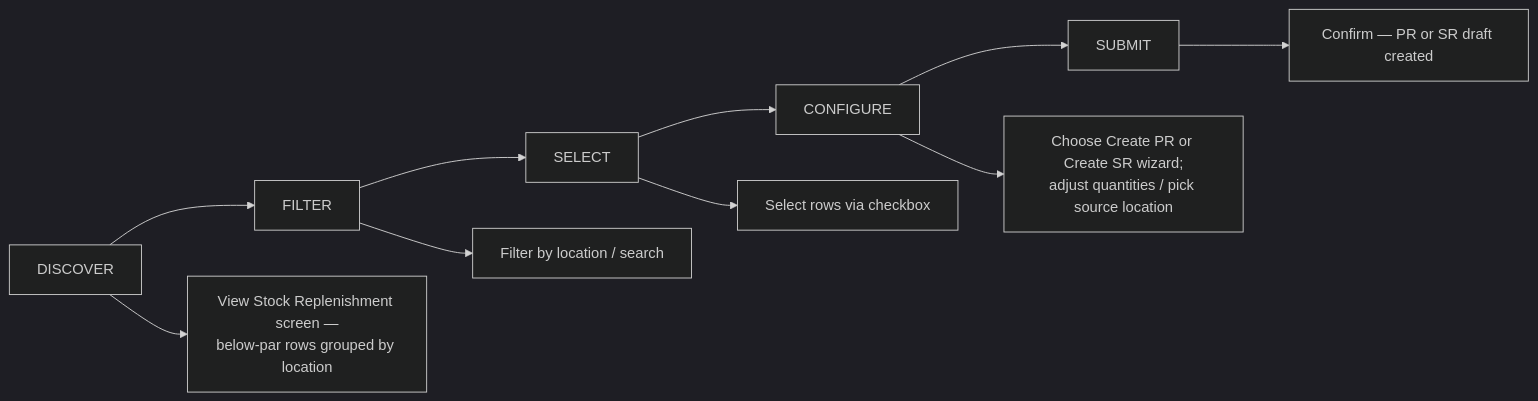
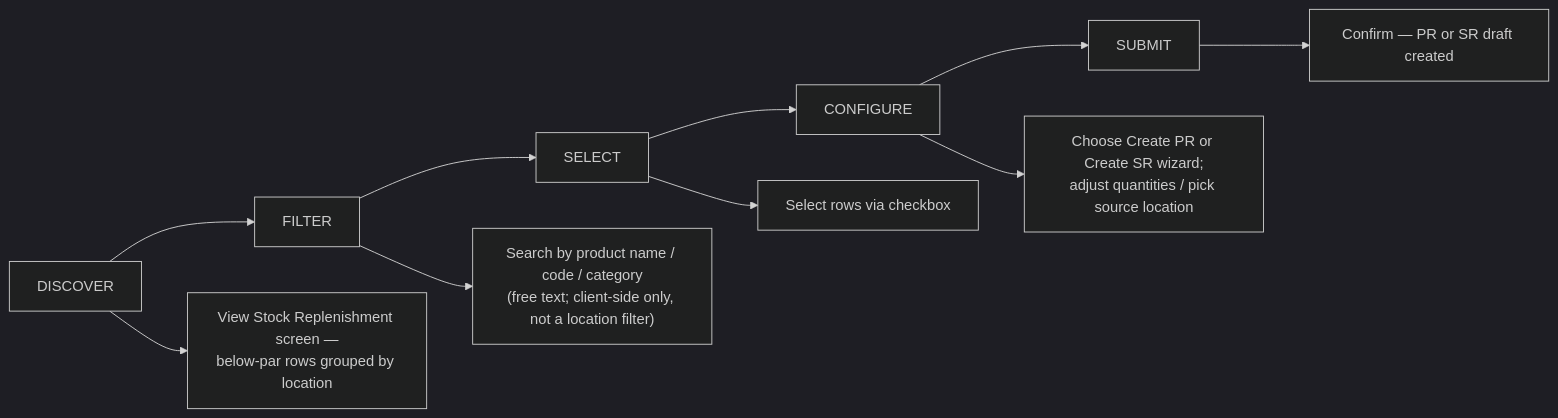
Before and after one commit to CarmenSoftware-organization/carmen-wiki: the second of 3 diagrams in en/inventory/store-requisition/stock-replenishment.md, drawn with Mermaid (dark theme). The commit also changed other lines of this file and 3 other files, not shown here.

Commit message:
fix(inventory-adjustment,store-requisition): drop unsupported debounce/default-sort/location-filter nodes (review round 1)

````diff
--- a/en/inventory/store-requisition/stock-replenishment.md
+++ b/en/inventory/store-requisition/stock-replenishment.md
@@ -37,13 +37,13 @@
 ```mermaid
 graph LR
     Discover["DISCOVER"] --> Filter["FILTER"]
     Filter --> Select["SELECT"]
     Select --> Configure["CONFIGURE"]
     Configure --> Submit["SUBMIT"]
 
     Discover --> Discover1["View Stock Replenishment screen —<br/>below-par rows grouped by location"]
-    Filter --> Filter1["Filter by location / search"]
+    Filter --> Filter1["Search by product name / code / category<br/>(free text; client-side only, not a location filter)"]
     Select --> Select1["Select rows via checkbox"]
     Configure --> Configure1["Choose Create PR or Create SR wizard;<br/>adjust quantities / pick source location"]
     Submit --> Submit1["Confirm — PR or SR draft created"]
 ```
````
